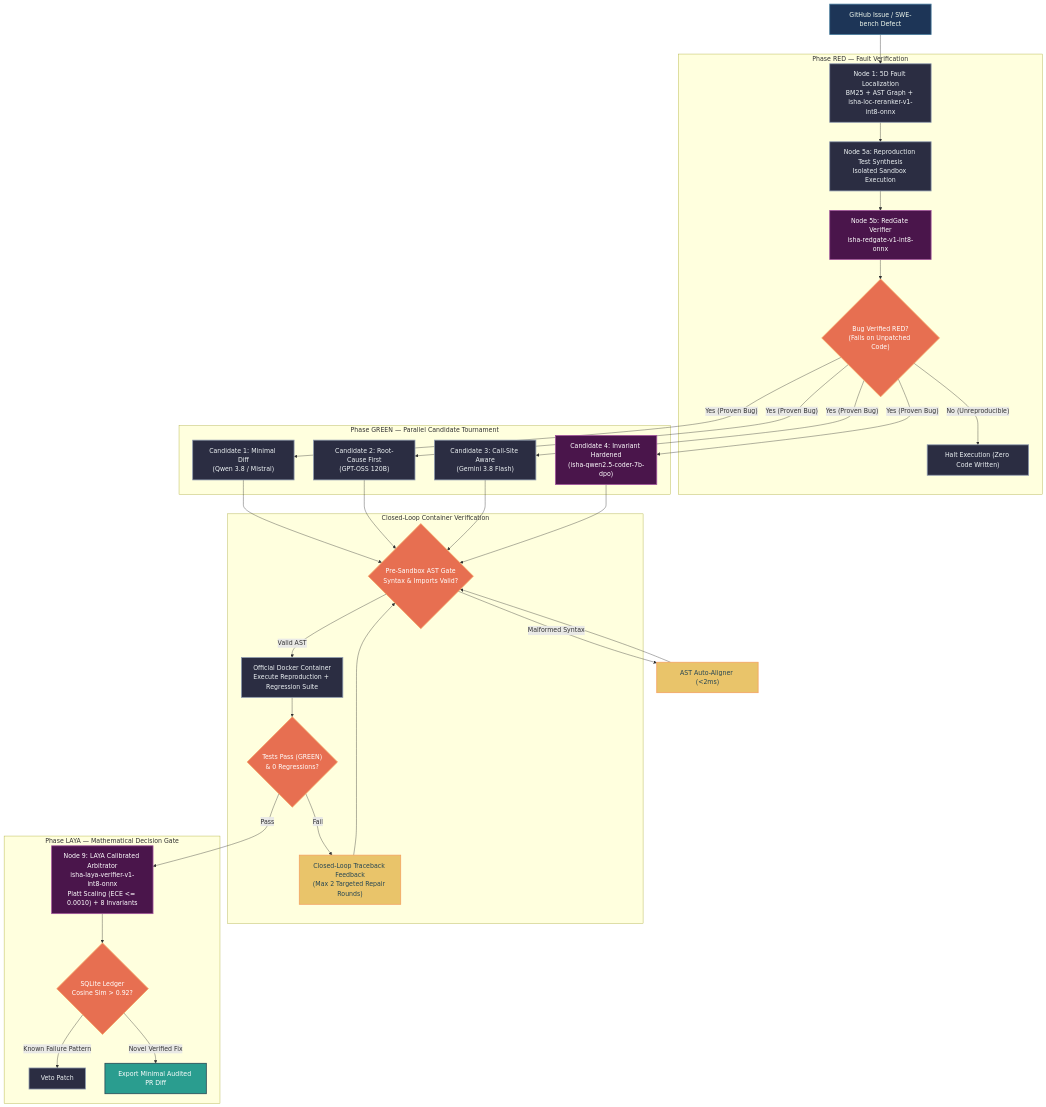
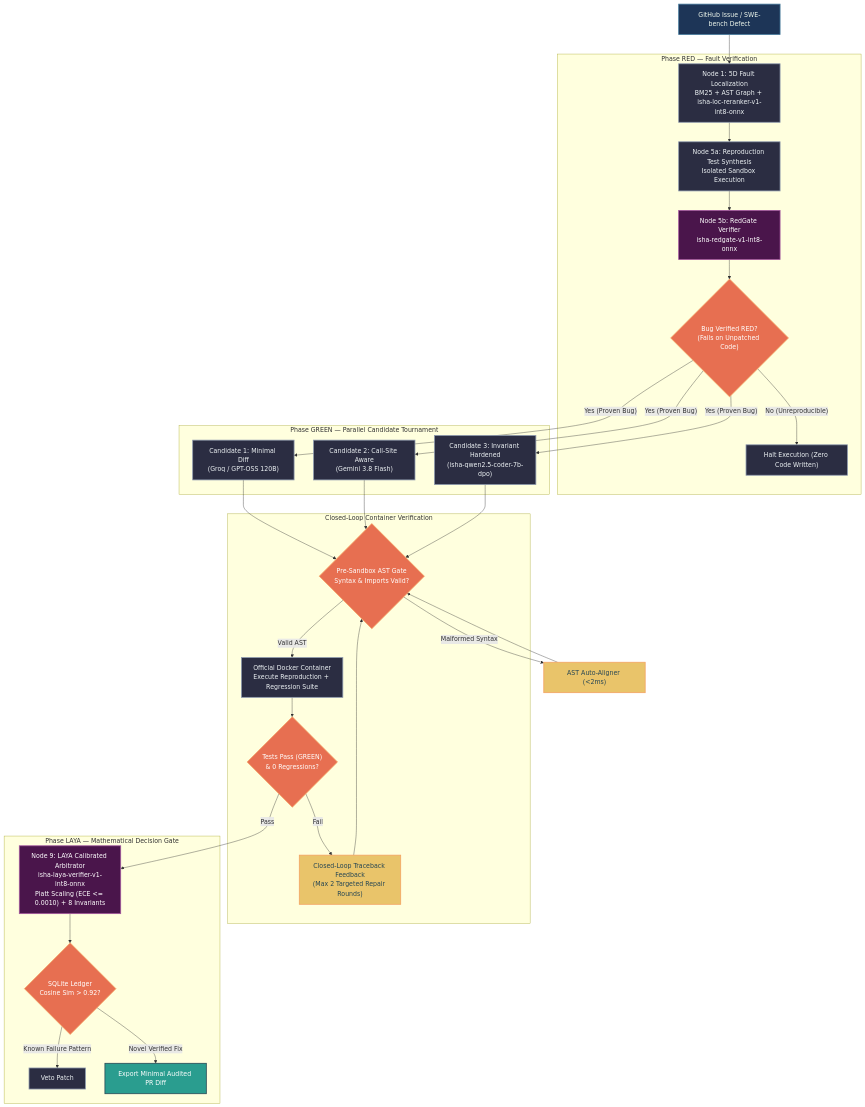
The diagram in README.md (Daseash/ISHA-Iterative-Software-Harness-Arbitrator-), drawn with Mermaid before and after one commit. The commit also changed other lines of this file and 17 other files, not shown here.

Commit message:
feat(tournament): streamline to 3-candidate tournament and remove mistral ai

````diff
--- a/README.md
+++ b/README.md
@@ -43,50 +43,49 @@
 ```mermaid
 flowchart TD
     classDef input fill:#1d3557,stroke:#457b9d,stroke-width:2px,color:#f1faee;
     classDef node fill:#2b2d42,stroke:#8d99ae,stroke-width:2px,color:#edf2f4;
     classDef spec fill:#4a154b,stroke:#a4569e,stroke-width:2px,color:#ffffff;
     classDef gate fill:#e76f51,stroke:#f4a261,stroke-width:2px,color:#ffffff;
     classDef pass fill:#2a9d8f,stroke:#264653,stroke-width:2px,color:#ffffff;
     classDef loop fill:#e9c46a,stroke:#f4a261,stroke-width:2px,color:#264653;
 
     Issue["GitHub Issue / SWE-bench Defect"] --> N1["Node 1: 5D Fault Localization\nBM25 + AST Graph + isha-loc-reranker-v1-int8-onnx"]
     
     subgraph PhaseRed ["Phase RED — Fault Verification"]
         N1 --> N5["Node 5a: Reproduction Test Synthesis\nIsolated Sandbox Execution"]
         N5 --> N5b["Node 5b: RedGate Verifier\nisha-redgate-v1-int8-onnx"]
         N5b --> RedGate{"Bug Verified RED?\n(Fails on Unpatched Code)"}
         RedGate -- "No (Unreproducible)" --> Halt["Halt Execution (Zero Code Written)"]
     end
 
     subgraph Tournament ["Phase GREEN — Parallel Candidate Tournament"]
-        RedGate -- "Yes (Proven Bug)" --> N6A["Candidate 1: Minimal Diff\n(Qwen 3.8 / Mistral)"]
-        RedGate -- "Yes (Proven Bug)" --> N6B["Candidate 2: Root-Cause First\n(GPT-OSS 120B)"]
-        RedGate -- "Yes (Proven Bug)" --> N6C["Candidate 3: Call-Site Aware\n(Gemini 3.8 Flash)"]
-        RedGate -- "Yes (Proven Bug)" --> N6D["Candidate 4: Invariant Hardened\n(isha-qwen2.5-coder-7b-dpo)"]
+        RedGate -- "Yes (Proven Bug)" --> N6A["Candidate 1: Minimal Diff\n(Groq / GPT-OSS 120B)"]
+        RedGate -- "Yes (Proven Bug)" --> N6B["Candidate 2: Call-Site Aware\n(Gemini 3.8 Flash)"]
+        RedGate -- "Yes (Proven Bug)" --> N6C["Candidate 3: Invariant Hardened\n(isha-qwen2.5-coder-7b-dpo)"]
     end
 
-    N6A & N6B & N6C & N6D --> ASTGate{"Pre-Sandbox AST Gate\nSyntax & Imports Valid?"}
+    N6A & N6B & N6C --> ASTGate{"Pre-Sandbox AST Gate\nSyntax & Imports Valid?"}
     ASTGate -- "Malformed Syntax" --> RepairAST["AST Auto-Aligner (<2ms)"]
     RepairAST --> ASTGate
 
     subgraph PhaseVerify ["Closed-Loop Container Verification"]
         ASTGate -- "Valid AST" --> Docker["Official Docker Container\nExecute Reproduction + Regression Suite"]
         Docker --> PassTest{"Tests Pass (GREEN)\n& 0 Regressions?"}
         PassTest -- "Fail" --> TracebackLoop["Closed-Loop Traceback Feedback\n(Max 2 Targeted Repair Rounds)"]
         TracebackLoop --> ASTGate
     end
 
     subgraph Arbitration ["Phase LAYA — Mathematical Decision Gate"]
         PassTest -- "Pass" --> LAYA["Node 9: LAYA Calibrated Arbitrator\nisha-laya-verifier-v1-int8-onnx\nPlatt Scaling (ECE <= 0.0010) + 8 Invariants"]
         LAYA --> VetoLedger{"SQLite Ledger\nCosine Sim > 0.92?"}
         VetoLedger -- "Known Failure Pattern" --> Reject["Veto Patch"]
         VetoLedger -- "Novel Verified Fix" --> Export["Export Minimal Audited PR Diff"]
     end
 
     class Issue input;
     class N1,N5,N6A,N6B,N6C,Docker node;
     class N5b,N6D,LAYA spec;
     class RedGate,ASTGate,PassTest,VetoLedger gate;
     class Export pass;
     class TracebackLoop,RepairAST loop;
 ```
````
